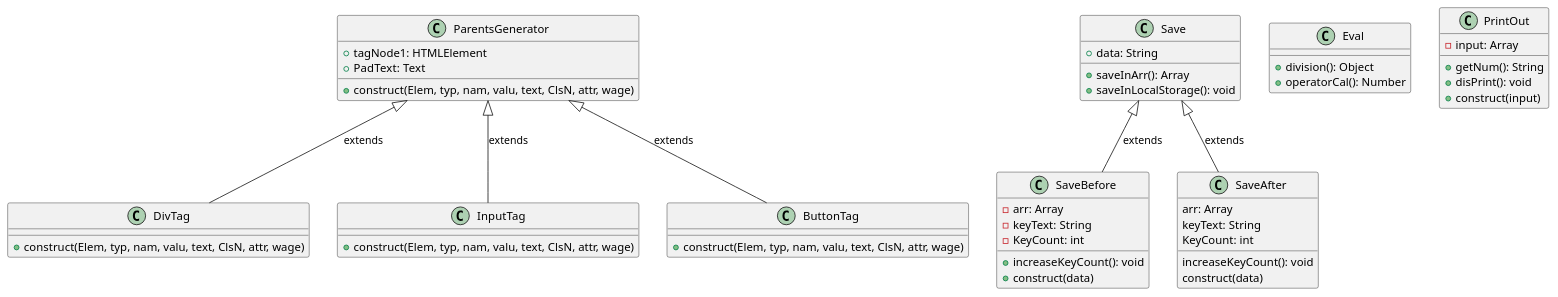
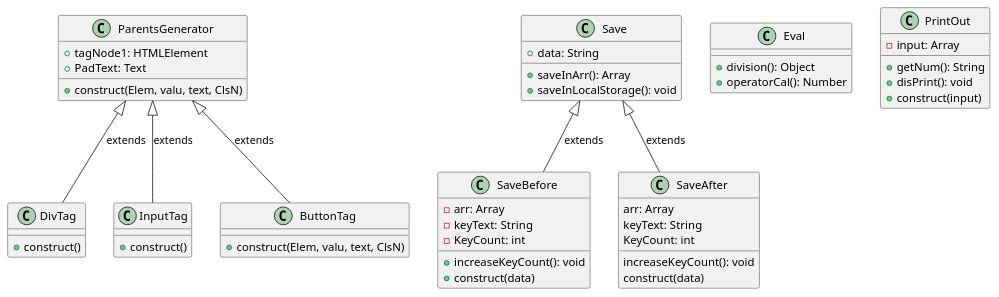
The diagram in plantuml/classuml.wsd (188X187/git_group), drawn with PlantUML before and after one commit.

Commit message:
노광훈 PlantUML Button 부분 수정

```diff
--- a/plantuml/classuml.wsd
+++ b/plantuml/classuml.wsd
@@ -1,50 +1,50 @@
 @startuml team3
 class ParentsGenerator {
     +tagNode1: HTMLElement
     +PadText: Text
-    +construct(Elem, typ, nam, valu, text, ClsN, attr, wage)
+    +construct(Elem, valu, text, ClsN)
 }
 class DivTag {
-    +construct(Elem, typ, nam, valu, text, ClsN, attr, wage)
+    +construct()
 }
 ParentsGenerator <|-- DivTag : extends
 class InputTag {
-    +construct(Elem, typ, nam, valu, text, ClsN, attr, wage)
+    +construct()
 }
 ParentsGenerator <|-- InputTag : extends
 class ButtonTag {
-    +construct(Elem, typ, nam, valu, text, ClsN, attr, wage)
+    +construct(Elem, valu, text, ClsN)
 }
 ParentsGenerator <|-- ButtonTag : extends
 class Save {
     +data: String
     +saveInArr(): Array
     +saveInLocalStorage(): void
 }
 class SaveBefore {
     -arr: Array
     -keyText: String
     -KeyCount: int
     +increaseKeyCount(): void
     +construct(data)
 }
 Save <|-- SaveBefore : extends
 class SaveAfter {
     arr: Array
     keyText: String
     KeyCount: int
     increaseKeyCount(): void
     construct(data)
 }
 Save <|-- SaveAfter : extends
 class Eval {
     +division(): Object
     +operatorCal(): Number
 }
 class PrintOut {
     -input: Array
     +getNum(): String
     +disPrint(): void
     +construct(input)
 }
 @enduml
```
